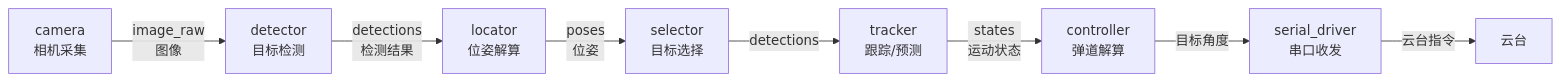
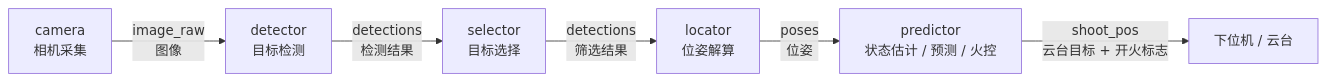
Before and after one commit to Hello-World-Vision/Vision_Website: the first of 2 diagrams in src/content/induction/07-ROS2基础.md, drawn with Mermaid. The commit also changed other lines of this file and 2 other files, not shown here.

````diff
--- a/src/content/induction/07-ROS2基础.md
+++ b/src/content/induction/07-ROS2基础.md
@@ -91,10 +100,8 @@
 ```mermaid
 flowchart LR
     C["camera<br/>相机采集"] -->|"image_raw<br/>图像"| D["detector<br/>目标检测"]
-    D -->|"detections<br/>检测结果"| L["locator<br/>位姿解算"]
-    L -->|"poses<br/>位姿"| S["selector<br/>目标选择"]
-    S -->|"detections"| T["tracker<br/>跟踪/预测"]
-    T -->|"states<br/>运动状态"| Ctrl["controller<br/>弹道解算"]
-    Ctrl -->|"目标角度"| Ser["serial_driver<br/>串口收发"]
-    Ser -->|"云台指令"| G["云台"]
+    D -->|"detections<br/>检测结果"| S["selector<br/>目标选择"]
+    S -->|"detections<br/>筛选结果"| L["locator<br/>位姿解算"]
+    L -->|"poses<br/>位姿"| P["predictor<br/>状态估计 / 预测 / 火控"]
+    P -->|"shoot_pos<br/>云台目标 + 开火标志"| G["下位机 / 云台"]
 ```
````
